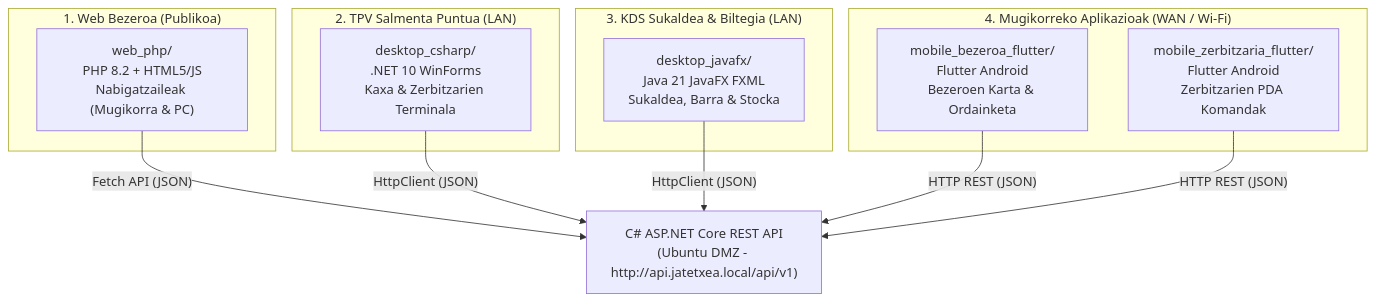
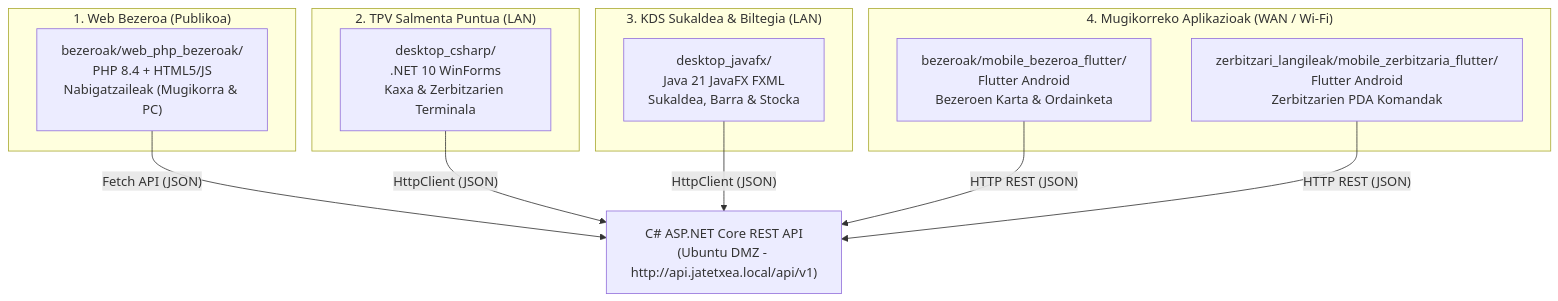
Before and after one commit to AnderUrienGoierri/1T_Jatetxea_erronka_agents: the diagram in 02_azpiegitura_birtuala/erronka_egitura/doc/05_bezero_aplikazioak_eta_plataformak.md, drawn with Mermaid. The commit also changed other lines of this file and 227 other files, not shown here.

Commit message:
refactor(web-php): berrantolatu bezeroen aplikazioak bezeroak karpetara eta eguneratu konfigurazio eta dokumentazio osoa

````diff
--- a/02_azpiegitura_birtuala/erronka_egitura/doc/05_bezero_aplikazioak_eta_plataformak.md
+++ b/02_azpiegitura_birtuala/erronka_egitura/doc/05_bezero_aplikazioak_eta_plataformak.md
@@ -12,27 +12,27 @@
 ```mermaid
 graph TD
     API["C# ASP.NET Core REST API<br/>(Ubuntu DMZ - http://api.jatetxea.local/api/v1)"]
 
     subgraph KANPOA_ETA_WEB["1. Web Bezeroa (Publikoa)"]
-        WEB["web_php/<br/>PHP 8.2 + HTML5/JS<br/>Nabigatzaileak (Mugikorra & PC)"]
+        WEB["bezeroak/web_php_bezeroak/<br/>PHP 8.4 + HTML5/JS<br/>Nabigatzaileak (Mugikorra & PC)"]
     end
 
     subgraph BARNE_LAN_WINDOWS["2. TPV Salmenta Puntua (LAN)"]
         TPV["desktop_csharp/<br/>.NET 10 WinForms<br/>Kaxa & Zerbitzarien Terminala"]
     end
 
     subgraph BARNE_LAN_SUKALDEA["3. KDS Sukaldea & Biltegia (LAN)"]
         KDS["desktop_javafx/<br/>Java 21 JavaFX FXML<br/>Sukaldea, Barra & Stocka"]
     end
 
     subgraph MOBILITATEA["4. Mugikorreko Aplikazioak (WAN / Wi-Fi)"]
-        MOB_BEZ["mobile_bezeroa_flutter/<br/>Flutter Android<br/>Bezeroen Karta & Ordainketa"]
-        MOB_ZER["mobile_zerbitzaria_flutter/<br/>Flutter Android<br/>Zerbitzarien PDA Komandak"]
+        MOB_BEZ["bezeroak/mobile_bezeroa_flutter/<br/>Flutter Android<br/>Bezeroen Karta & Ordainketa"]
+        MOB_ZER["zerbitzari_langileak/mobile_zerbitzaria_flutter/<br/>Flutter Android<br/>Zerbitzarien PDA Komandak"]
     end
 
     WEB -->|"Fetch API (JSON)"| API
     TPV -->|"HttpClient (JSON)"| API
     KDS -->|"HttpClient (JSON)"| API
     MOB_BEZ -->|"HTTP REST (JSON)"| API
     MOB_ZER -->|"HTTP REST (JSON)"| API
 ```
````
